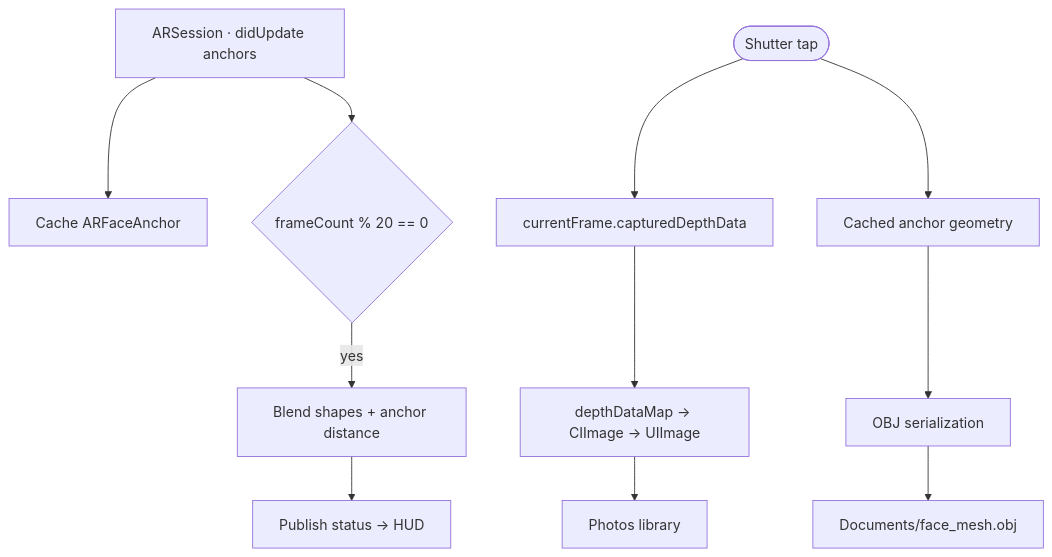
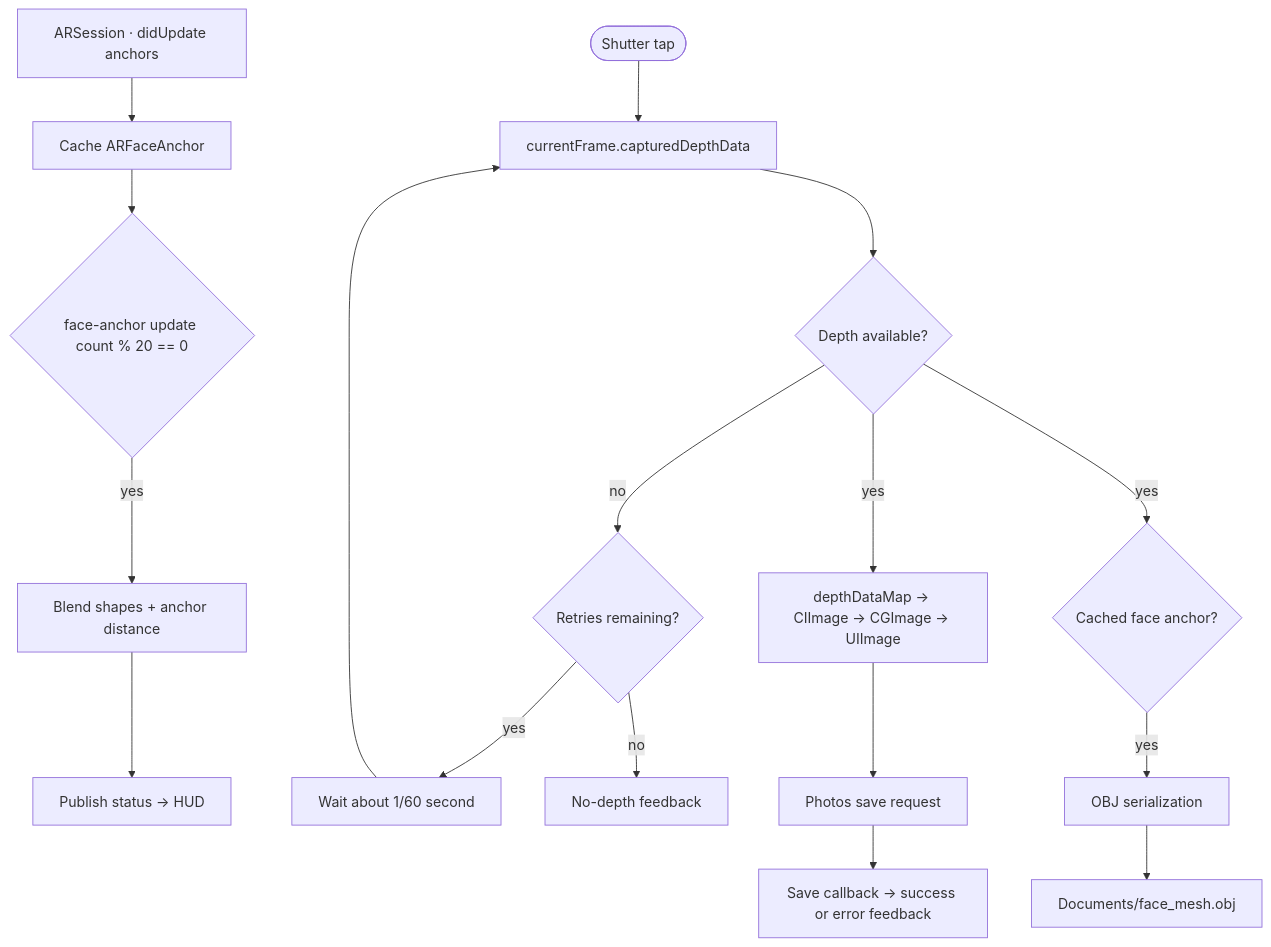
One commit to davidemonnati/ARFaceDumper changed the diagram in README.md. Above: the diagram before and after it, drawn with Mermaid. The commit also changed other lines of this file and 1 other file, not shown here.

````diff
--- a/README.md
+++ b/README.md
@@ -147,14 +159,20 @@
 ```mermaid
 flowchart TD
     A["ARSession · didUpdate anchors"] --> B["Cache ARFaceAnchor"]
-    A --> C{"frameCount % 20 == 0"}
+    B --> C{"face-anchor update count % 20 == 0"}
     C -- yes --> D["Blend shapes + anchor distance"]
     D --> E["Publish status → HUD"]
 
     F(["Shutter tap"]) --> G["currentFrame.capturedDepthData"]
-    G --> H["depthDataMap → CIImage → UIImage"]
-    H --> I["Photos library"]
-    F --> J["Cached anchor geometry"]
-    J --> K["OBJ serialization"]
+    G --> Q{"Depth available?"}
+    Q -- no --> R{"Retries remaining?"}
+    R -- yes --> S["Wait about 1/60 second"]
+    S --> G
+    R -- no --> T["No-depth feedback"]
+    Q -- yes --> H["depthDataMap → CIImage → CGImage → UIImage"]
+    H --> I["Photos save request"]
+    I --> U["Save callback → success or error feedback"]
+    Q -- yes --> J{"Cached face anchor?"}
+    J -- yes --> K["OBJ serialization"]
     K --> L["Documents/face_mesh.obj"]
 ```
````
